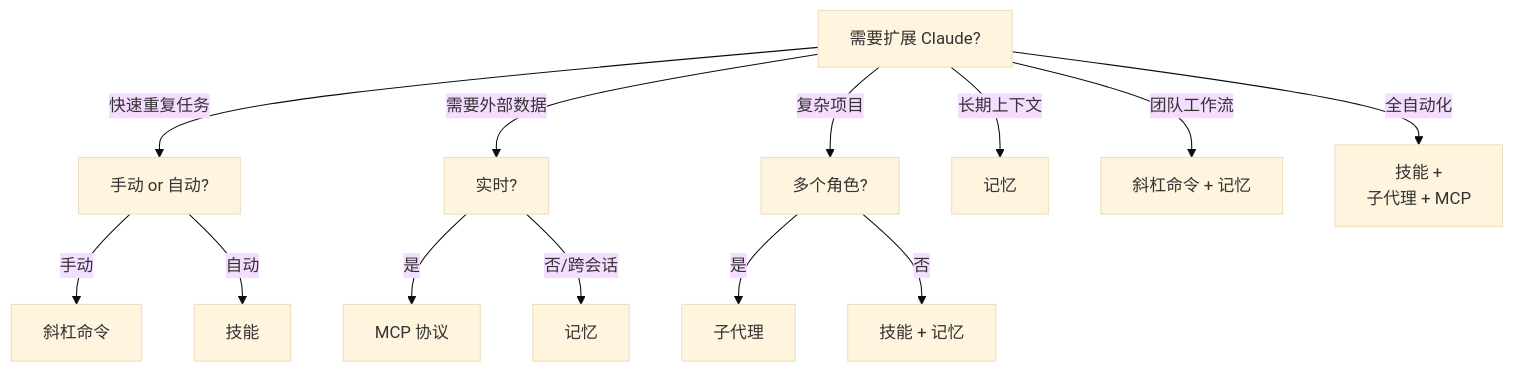
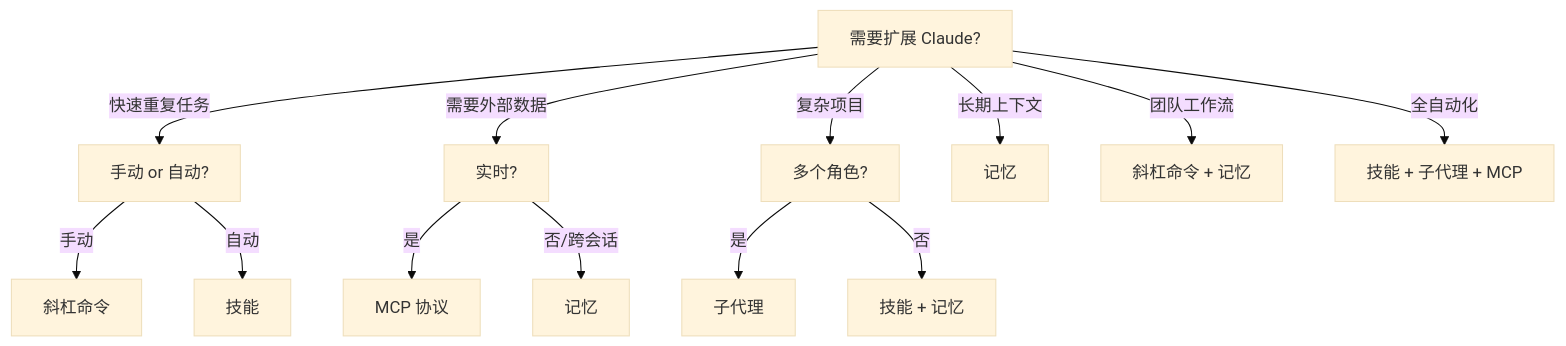
One commit to Rx782-Fss/claude-howto-zh changed diagram 31 of 31 in claude_concepts_guide.md. Above: the diagram before and after it, drawn with Mermaid (base theme). The commit also changed other lines of this file and 6 other files, not shown here.

Commit message:
fix: 清除 Mermaid 内所有全角标点/emoji/<br/> (最终修复)

````diff
--- a/claude_concepts_guide.md
+++ b/claude_concepts_guide.md
@@ -2731,20 +2731,20 @@
 ```mermaid
 graph TD
     Start["需要扩展 Claude?"]
 
     Start -->|快速重复任务| A["手动 or 自动?"]
     A -->|手动| B["斜杠命令"]
     A -->|自动| C["技能"]
 
     Start -->|需要外部数据| D["实时?"]
     D -->|是| E["MCP 协议"]
     D -->|否/跨会话| F["记忆"]
 
     Start -->|复杂项目| G["多个角色?"]
     G -->|是| H["子代理"]
     G -->|否| I["技能 + 记忆"]
 
     Start -->|长期上下文| J["记忆"]
     Start -->|团队工作流| K["斜杠命令 + 记忆"]
-    Start -->|全自动化| L["技能 +<br/>子代理 + MCP"]
+    Start -->|全自动化| L["技能 + 子代理 + MCP"]
 ```
````
